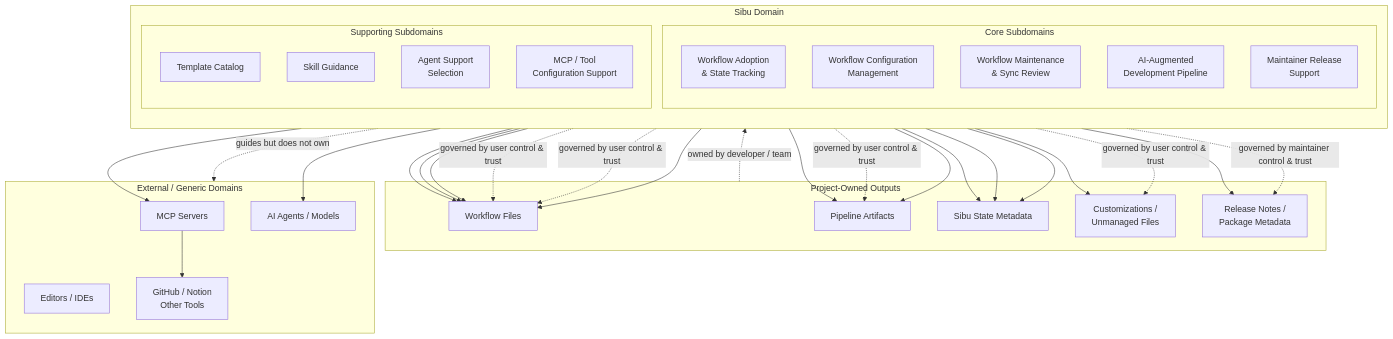
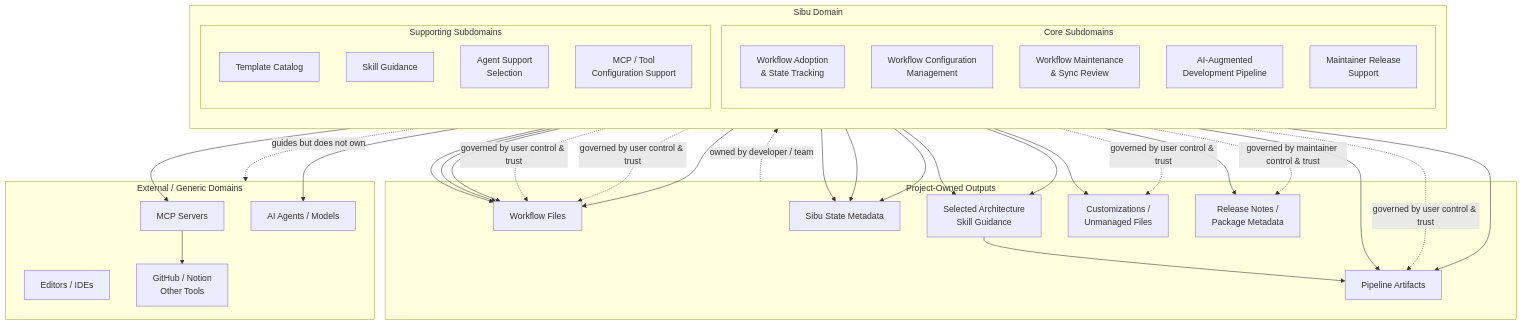
One commit to juank11memphis/ai-augmented-workflow changed the diagram in docs/business-domain-model.md. Above: the diagram before and after it, drawn with Mermaid. The commit also changed other lines of this file and 3 other files, not shown here.

Commit message:
docs: define architecture skill workflow guidance

````diff
--- a/docs/business-domain-model.md
+++ b/docs/business-domain-model.md
@@ -112,70 +118,75 @@
 ```mermaid
 flowchart TB
   subgraph SibuDomain["Sibu Domain"]
     direction TB
 
     subgraph Core["Core Subdomains"]
       Adoption["Workflow Adoption
 & State Tracking"]
       Configuration["Workflow Configuration
 Management"]
       Maintenance["Workflow Maintenance
 & Sync Review"]
       Pipeline["AI-Augmented
 Development Pipeline"]
       ReleaseSupport["Maintainer Release
 Support"]
     end
 
     subgraph Supporting["Supporting Subdomains"]
       Templates["Template Catalog"]
       Skills["Skill Guidance"]
       AgentSupport["Agent Support
 Selection"]
       McpConfig["MCP / Tool
 Configuration Support"]
     end
   end
 
   subgraph ProjectOwned["Project-Owned Outputs"]
     WorkflowFiles["Workflow Files"]
     Artifacts["Pipeline Artifacts"]
     State["Sibu State Metadata"]
+    ArchitectureGuidance["Selected Architecture
+Skill Guidance"]
     LocalChoices["Customizations /
 Unmanaged Files"]
     ReleaseArtifacts["Release Notes /
 Package Metadata"]
   end
 
   subgraph External["External / Generic Domains"]
     McpServers["MCP Servers"]
     AiAgents["AI Agents / Models"]
     Editors["Editors / IDEs"]
     Tools["GitHub / Notion
 Other Tools"]
   end
 
   Adoption --> State
   Adoption --> WorkflowFiles
   Configuration --> WorkflowFiles
   Configuration --> State
+  Configuration --> ArchitectureGuidance
   Maintenance --> WorkflowFiles
   Maintenance --> State
   Maintenance --> LocalChoices
   Pipeline --> Artifacts
+  ArchitectureGuidance --> Artifacts
   ReleaseSupport --> ReleaseArtifacts
   Adoption -. governed by user control & trust .-> WorkflowFiles
   Configuration -. governed by user control & trust .-> WorkflowFiles
   Maintenance -. governed by user control & trust .-> LocalChoices
   Pipeline -. governed by user control & trust .-> Artifacts
   ReleaseSupport -. governed by maintainer control & trust .-> ReleaseArtifacts
 
   Templates --> WorkflowFiles
   Skills --> Artifacts
+  Skills --> ArchitectureGuidance
   AgentSupport --> AiAgents
   McpConfig --> McpServers
   McpServers --> Tools
 
   SibuDomain -. guides but does not own .-> External
   ProjectOwned -. owned by developer / team .-> SibuDomain
 ```
````
